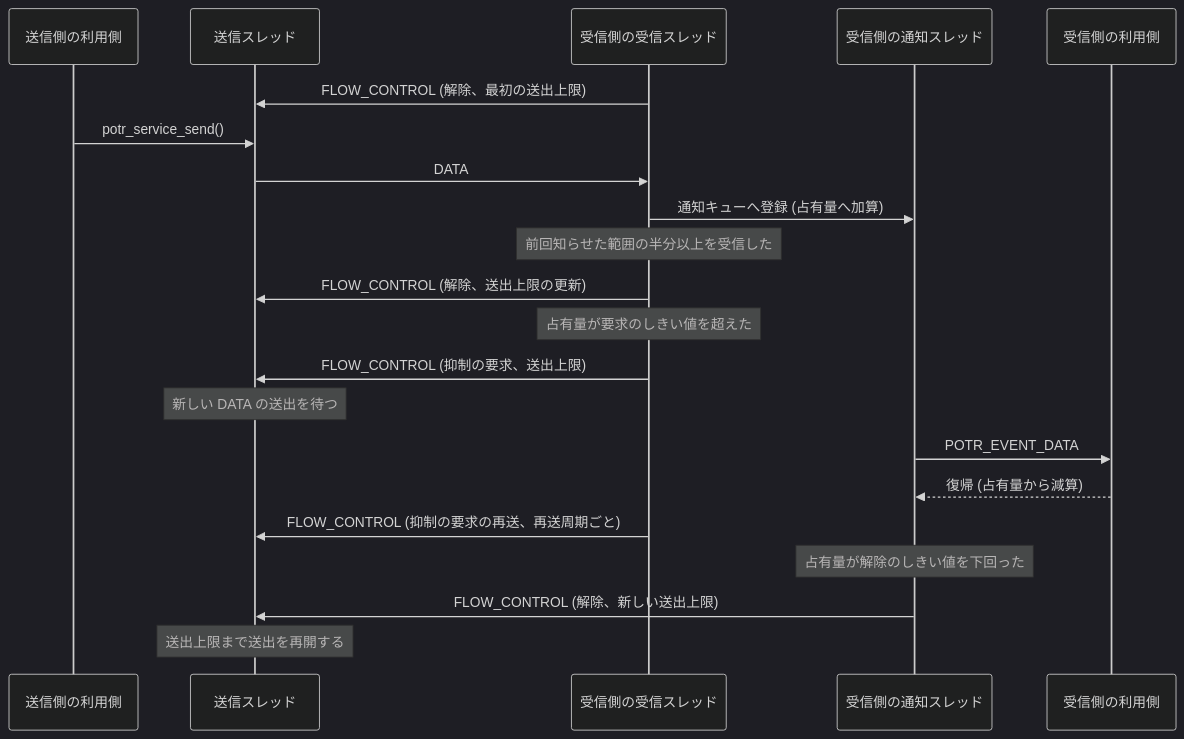
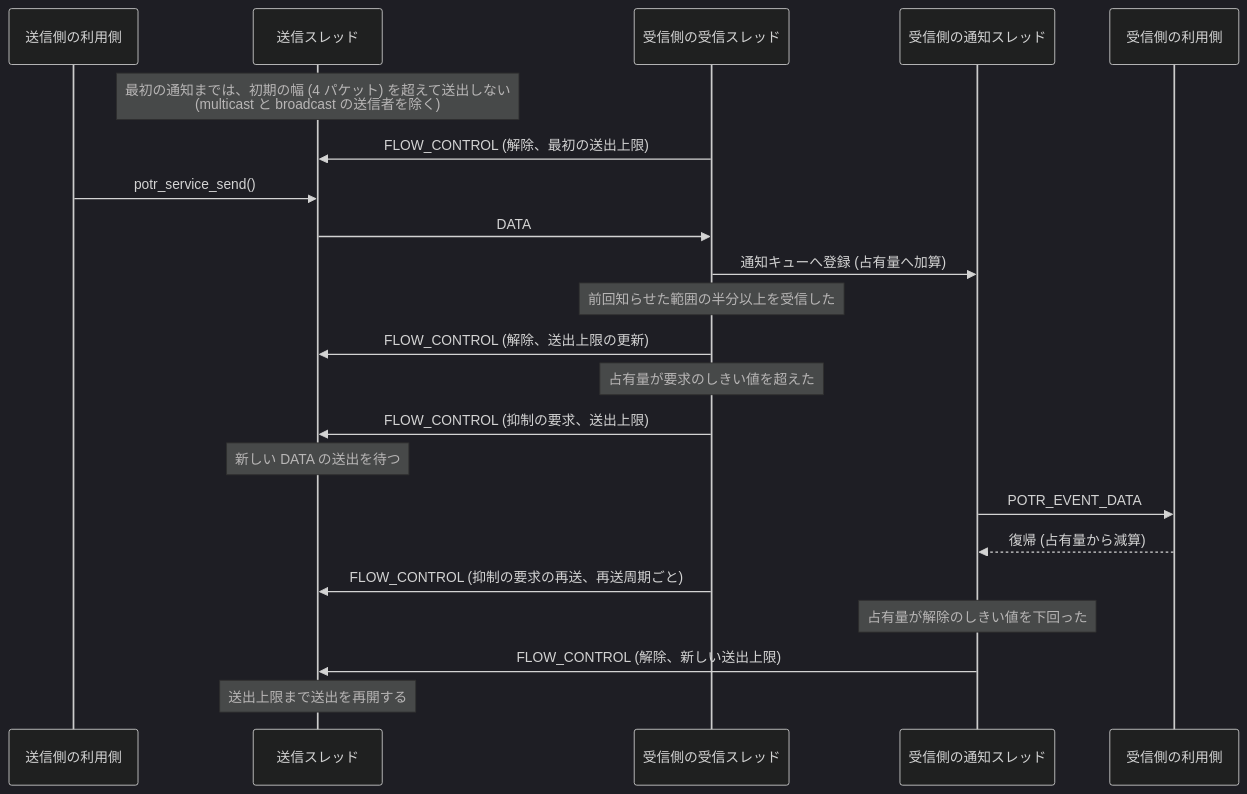
One commit to Hondarer/app_porter changed the eighth of 9 diagrams in docs/architecture.md. Above: the diagram before and after it, drawn with Mermaid (dark theme). The commit also changed other lines of this file and 1 other file, not shown here.

First line of the commit message:
docs: sequence-data.md と architecture.md のフロー制御の説明を、現在の仕様に合わせる

````diff
--- a/docs/architecture.md
+++ b/docs/architecture.md
@@ -665,24 +671,25 @@
 ```mermaid
 sequenceDiagram
     participant SA as 送信側の利用側
     participant ST as 送信スレッド
     participant RT as 受信側の受信スレッド
     participant NT as 受信側の通知スレッド
     participant RA as 受信側の利用側
 
+    Note over ST: 最初の通知までは、初期の幅 (4 パケット) を超えて送出しない<br>(multicast と broadcast の送信者を除く)
     RT->>ST: FLOW_CONTROL (解除、最初の送出上限)
     SA->>ST: potr_service_send()
     ST->>RT: DATA
     RT->>NT: 通知キューへ登録 (占有量へ加算)
     Note over RT: 前回知らせた範囲の半分以上を受信した
     RT->>ST: FLOW_CONTROL (解除、送出上限の更新)
     Note over RT: 占有量が要求のしきい値を超えた
     RT->>ST: FLOW_CONTROL (抑制の要求、送出上限)
     Note over ST: 新しい DATA の送出を待つ
     NT->>RA: POTR_EVENT_DATA
     RA-->>NT: 復帰 (占有量から減算)
     RT->>ST: FLOW_CONTROL (抑制の要求の再送、再送周期ごと)
     Note over NT: 占有量が解除のしきい値を下回った
     NT->>ST: FLOW_CONTROL (解除、新しい送出上限)
     Note over ST: 送出上限まで送出を再開する
 ```
````
